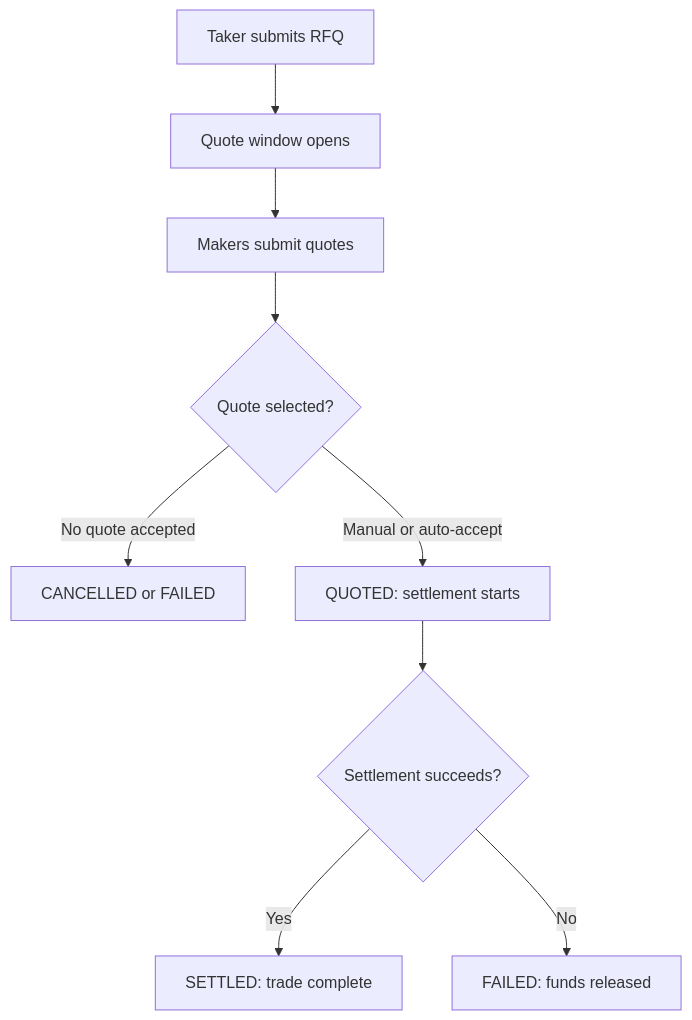
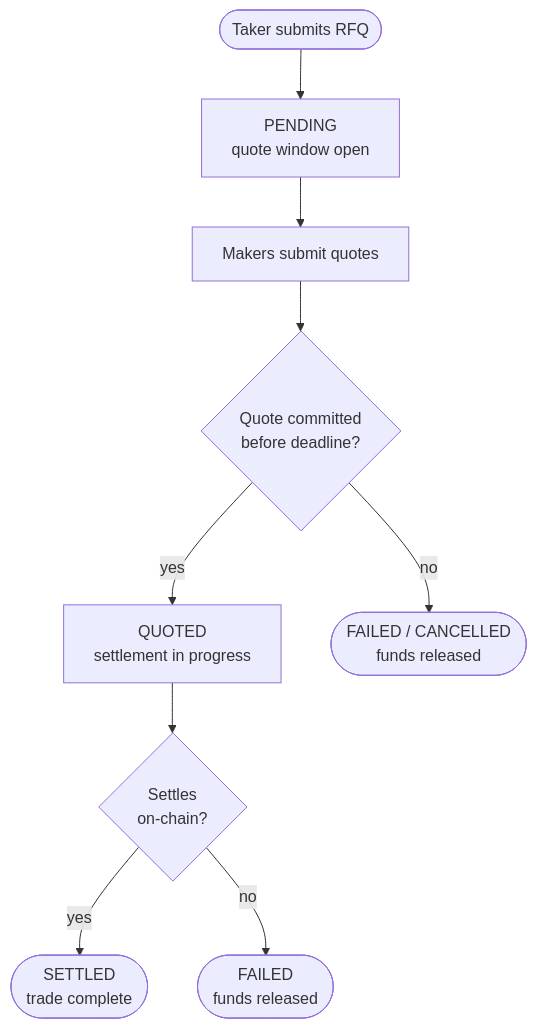
The diagram in docs/06-rfq/overview.md (silhouette-exchange/public-docs), drawn with Mermaid before and after one commit. The commit also changed other lines of this file and 3 other files, not shown here.

````diff
--- a/docs/06-rfq/overview.md
+++ b/docs/06-rfq/overview.md
@@ -74,11 +80,11 @@
 ```mermaid
 flowchart TD
-  A["Taker submits RFQ"] --> B["Quote window opens"]
+  A(["Taker submits RFQ"]) --> B["PENDING<br/>quote window open"]
   B --> C["Makers submit quotes"]
-  C --> D{"Quote selected?"}
-  D -- "No quote accepted" --> E["CANCELLED or FAILED"]
-  D -- "Manual or auto-accept" --> F["QUOTED: settlement starts"]
-  F --> G{"Settlement succeeds?"}
-  G -- "Yes" --> H["SETTLED: trade complete"]
-  G -- "No" --> I["FAILED: funds released"]
+  C --> D{"Quote committed<br/>before deadline?"}
+  D -- yes --> E["QUOTED<br/>settlement in progress"]
+  D -- no --> F(["FAILED / CANCELLED<br/>funds released"])
+  E --> G{"Settles<br/>on-chain?"}
+  G -- yes --> H(["SETTLED<br/>trade complete"])
+  G -- no --> I(["FAILED<br/>funds released"])
 ```
````
